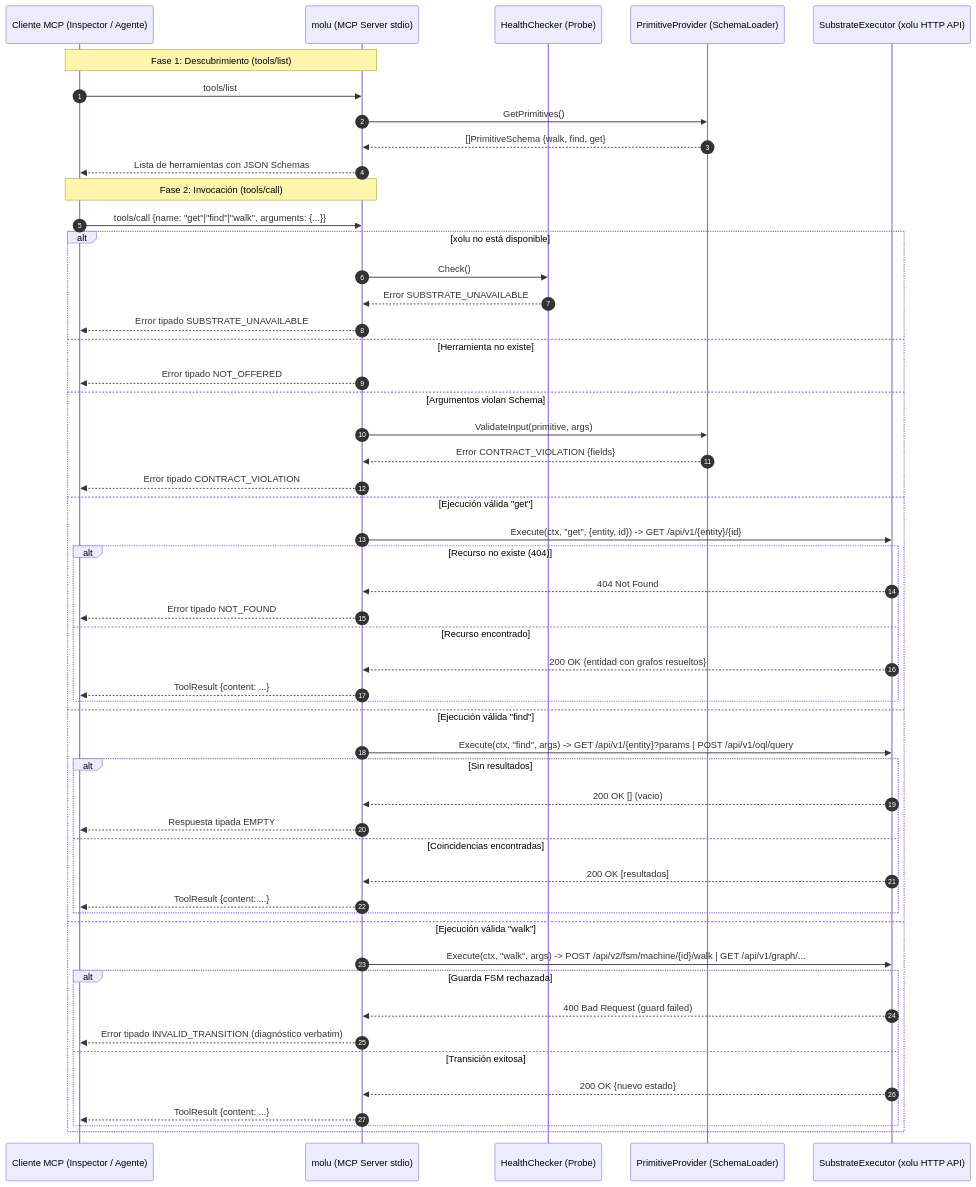
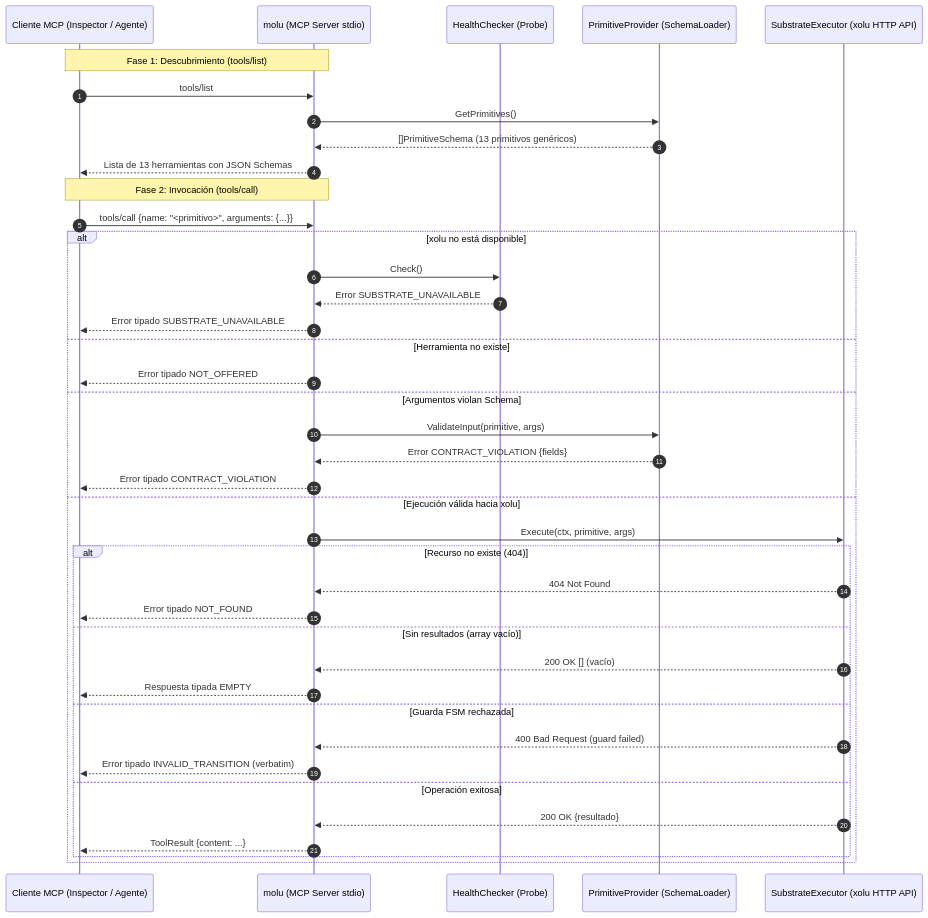
One commit to Gastonaso15/molu changed the diagram in specs/006-mcp-server-stdio/plan.md. Above: the diagram before and after it, drawn with Mermaid. The commit also changed other lines of this file and 3 other files, not shown here.

````diff
--- a/specs/006-mcp-server-stdio/plan.md
+++ b/specs/006-mcp-server-stdio/plan.md
@@ -57,57 +57,45 @@
 ```mermaid
 sequenceDiagram
     autonumber
     participant Client as Cliente MCP (Inspector / Agente)
     participant Server as molu (MCP Server stdio)
     participant Health as HealthChecker (Probe)
     participant Loader as PrimitiveProvider (SchemaLoader)
     participant Xolu as SubstrateExecutor (xolu HTTP API)
 
     Note over Client,Server: Fase 1: Descubrimiento (tools/list)
     Client->>Server: tools/list
     Server->>Loader: GetPrimitives()
-    Loader-->>Server: []PrimitiveSchema {walk, find, get}
-    Server-->>Client: Lista de herramientas con JSON Schemas
+    Loader-->>Server: []PrimitiveSchema (13 primitivos genéricos)
+    Server-->>Client: Lista de 13 herramientas con JSON Schemas
 
     Note over Client,Server: Fase 2: Invocación (tools/call)
-    Client->>Server: tools/call {name: "get"|"find"|"walk", arguments: {...}}
+    Client->>Server: tools/call {name: "<primitivo>", arguments: {...}}
     
     alt xolu no está disponible
         Server->>Health: Check()
         Health-->>Server: Error SUBSTRATE_UNAVAILABLE
         Server-->>Client: Error tipado SUBSTRATE_UNAVAILABLE
     else Herramienta no existe
         Server-->>Client: Error tipado NOT_OFFERED
     else Argumentos violan Schema
         Server->>Loader: ValidateInput(primitive, args)
         Loader-->>Server: Error CONTRACT_VIOLATION {fields}
         Server-->>Client: Error tipado CONTRACT_VIOLATION
-    else Ejecución válida "get"
-        Server->>Xolu: Execute(ctx, "get", {entity, id}) -> GET /api/v1/{entity}/{id}
+    else Ejecución válida hacia xolu
+        Server->>Xolu: Execute(ctx, primitive, args)
         alt Recurso no existe (404)
             Xolu-->>Server: 404 Not Found
             Server-->>Client: Error tipado NOT_FOUND
-        else Recurso encontrado
-            Xolu-->>Server: 200 OK {entidad con grafos resueltos}
-            Server-->>Client: ToolResult {content: ...}
-        end
-    else Ejecución válida "find"
-        Server->>Xolu: Execute(ctx, "find", args) -> GET /api/v1/{entity}?params | POST /api/v1/oql/query
-        alt Sin resultados
-            Xolu-->>Server: 200 OK [] (vacio)
+        else Sin resultados (array vacío)
+            Xolu-->>Server: 200 OK [] (vacío)
             Server-->>Client: Respuesta tipada EMPTY
-        else Coincidencias encontradas
-            Xolu-->>Server: 200 OK [resultados]
-            Server-->>Client: ToolResult {content: ...}
-        end
-    else Ejecución válida "walk"
-        Server->>Xolu: Execute(ctx, "walk", args) -> POST /api/v2/fsm/machine/{id}/walk | GET /api/v1/graph/...
-        alt Guarda FSM rechazada
+        else Guarda FSM rechazada
             Xolu-->>Server: 400 Bad Request (guard failed)
-            Server-->>Client: Error tipado INVALID_TRANSITION (diagnóstico verbatim)
-        else Transición exitosa
-            Xolu-->>Server: 200 OK {nuevo estado}
+            Server-->>Client: Error tipado INVALID_TRANSITION (verbatim)
+        else Operación exitosa
+            Xolu-->>Server: 200 OK {resultado}
             Server-->>Client: ToolResult {content: ...}
         end
     end
 ```
````
